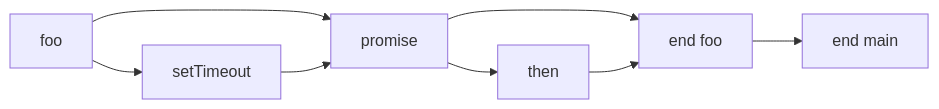
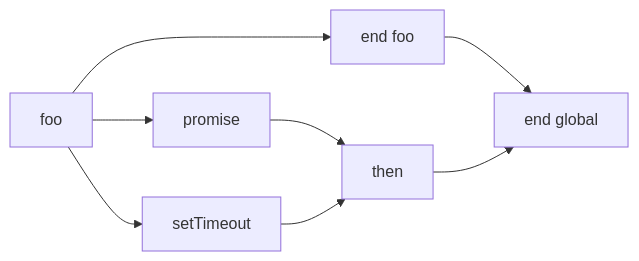
One commit to functionBee/study-js-deepdive changed the fourth of 4 diagrams in 42_비동기 프로그래밍/b.md. Above: the diagram before and after it, drawn with Mermaid. The commit also changed other lines of this file, not shown here.

````diff
--- a/42_비동기 프로그래밍/b.md
+++ b/42_비동기 프로그래밍/b.md
@@ -399,11 +444,10 @@
 ```mermaid
-
 graph LR
   A[foo] --> B[setTimeout]
   A --> C[promise]
-  B --> C
-  C --> D[then]
-  C --> E[end foo]
-  D --> E
-  E --> F[end main]
+  A --> D[end foo]
+  C --> E[then]
+  B --> E
+  D --> F[end global]
+  E --> F
 ```
````
